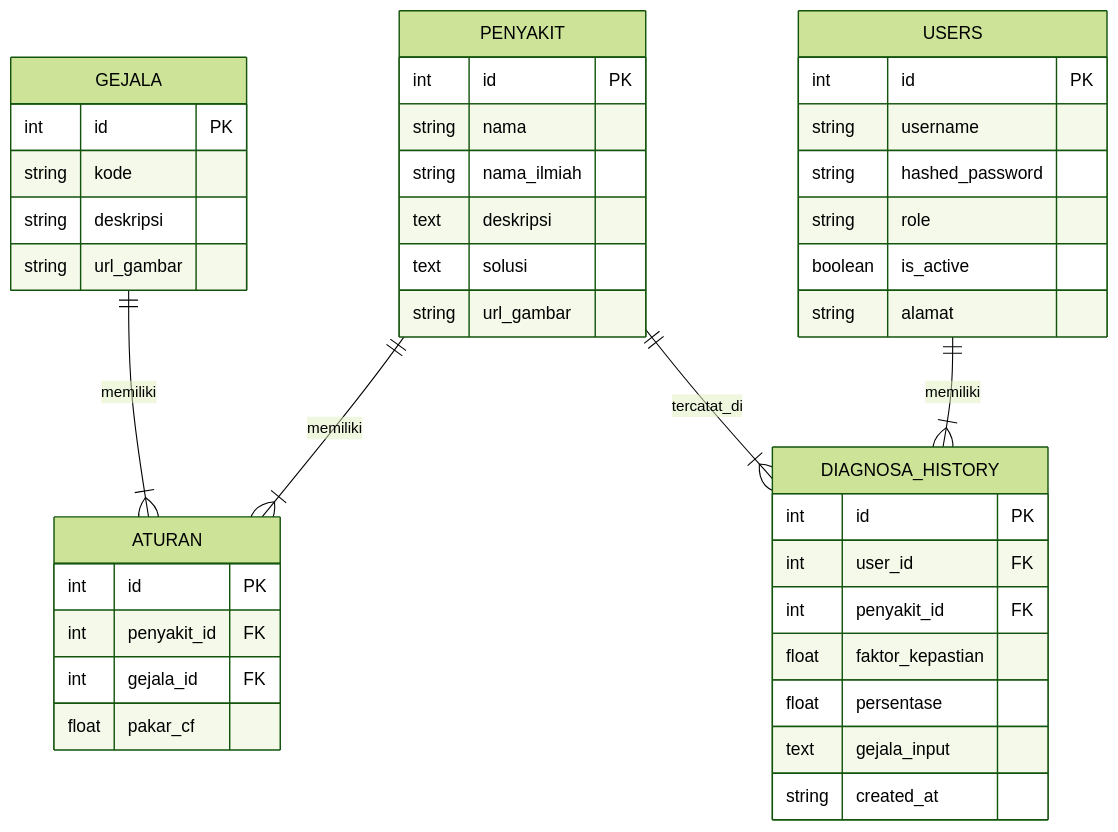
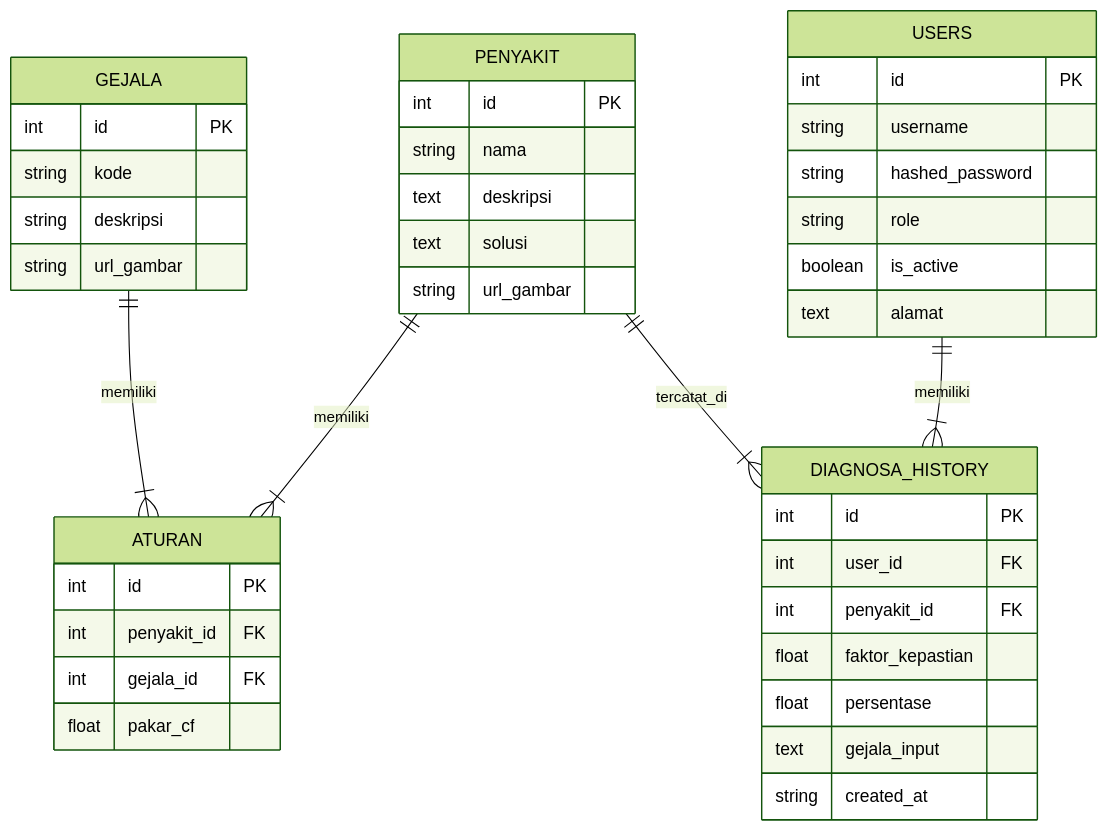
One commit to RajaSunrise/kangkungku changed the diagram in erd.md. Above: the diagram before and after it, drawn with Mermaid (forest theme). The commit also changed 51 other files, not shown here.

````diff
--- a/erd.md
+++ b/erd.md
@@ -7,49 +7,48 @@
 ```mermaid
 erDiagram
     PENYAKIT ||--|{ ATURAN : memiliki
     GEJALA ||--|{ ATURAN : memiliki
     USERS ||--|{ DIAGNOSA_HISTORY : memiliki
     PENYAKIT ||--|{ DIAGNOSA_HISTORY : tercatat_di
 
     PENYAKIT {
         int id PK
         string nama
-        string nama_ilmiah
         text deskripsi
         text solusi
         string url_gambar
     }
 
     GEJALA {
         int id PK
         string kode
         string deskripsi
         string url_gambar
     }
 
     ATURAN {
         int id PK
         int penyakit_id FK
         int gejala_id FK
         float pakar_cf
     }
 
     USERS {
         int id PK
         string username
         string hashed_password
         string role
         boolean is_active
-        string alamat
+        text alamat
     }
 
     DIAGNOSA_HISTORY {
         int id PK
         int user_id FK
         int penyakit_id FK
         float faktor_kepastian
         float persentase
         text gejala_input
         string created_at
     }
 ```
````
